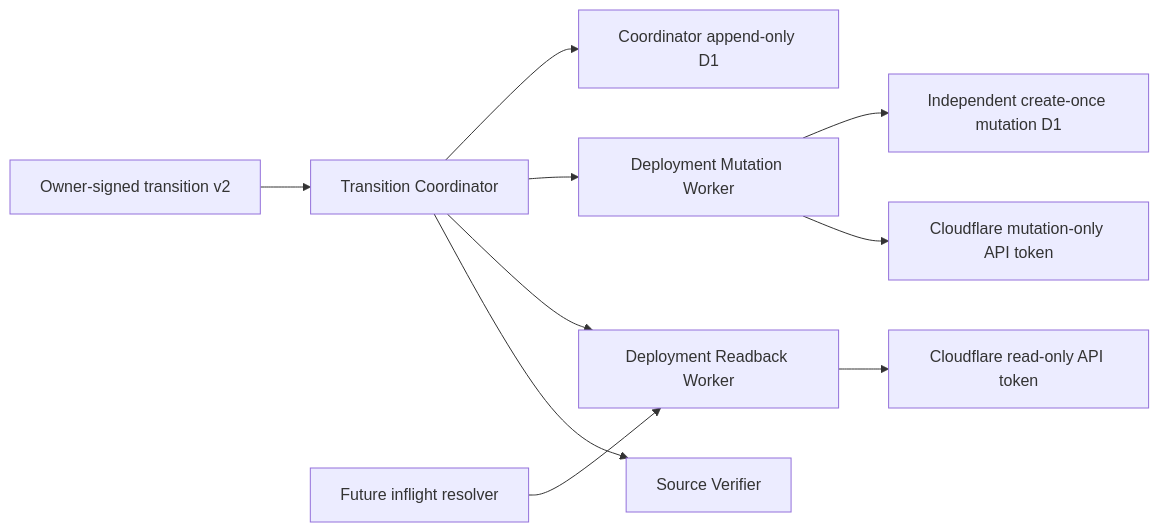
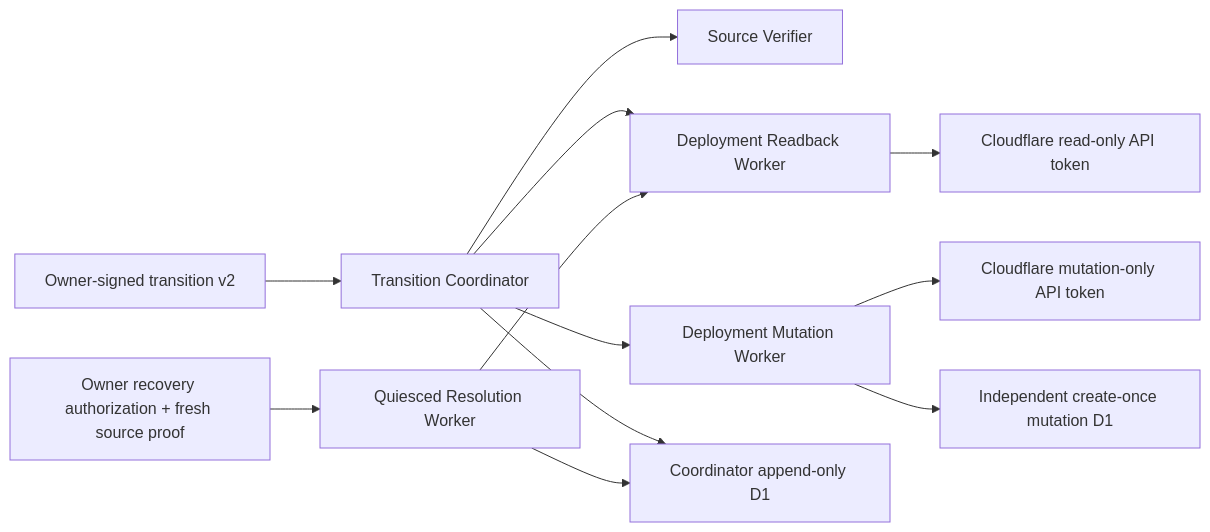
Before and after one commit to cinagroup/cinatoken-rust: the diagram in docs/container-runtime-json-compatibility-deployment-leaves.md, drawn with Mermaid. The commit also changed other lines of this file and 40 other files, not shown here.

Commit message:
Add Reader-only deployment inflight resolver

````diff
--- a/docs/container-runtime-json-compatibility-deployment-leaves.md
+++ b/docs/container-runtime-json-compatibility-deployment-leaves.md
@@ -16,12 +24,14 @@
 ```mermaid
 flowchart LR
   O["Owner-signed transition v2"] --> C["Transition Coordinator"]
   C --> S["Source Verifier"]
   C --> R["Deployment Readback Worker"]
   C --> M["Deployment Mutation Worker"]
   R --> RA["Cloudflare read-only API token"]
   M --> MA["Cloudflare mutation-only API token"]
   M --> MD["Independent create-once mutation D1"]
   C --> CD["Coordinator append-only D1"]
-  X["Future inflight resolver"] --> R
+  A["Owner recovery authorization + fresh source proof"] --> X["Quiesced Resolution Worker"]
+  X --> CD
+  X --> R
 ```
````
